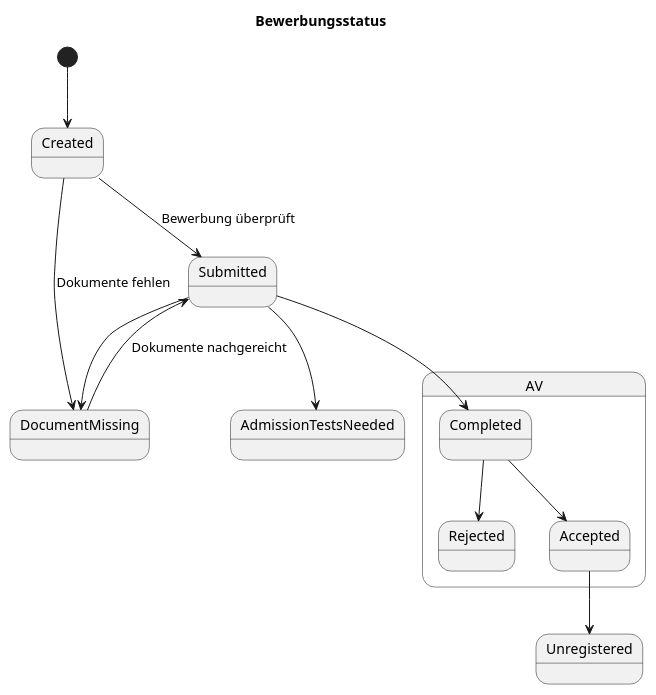
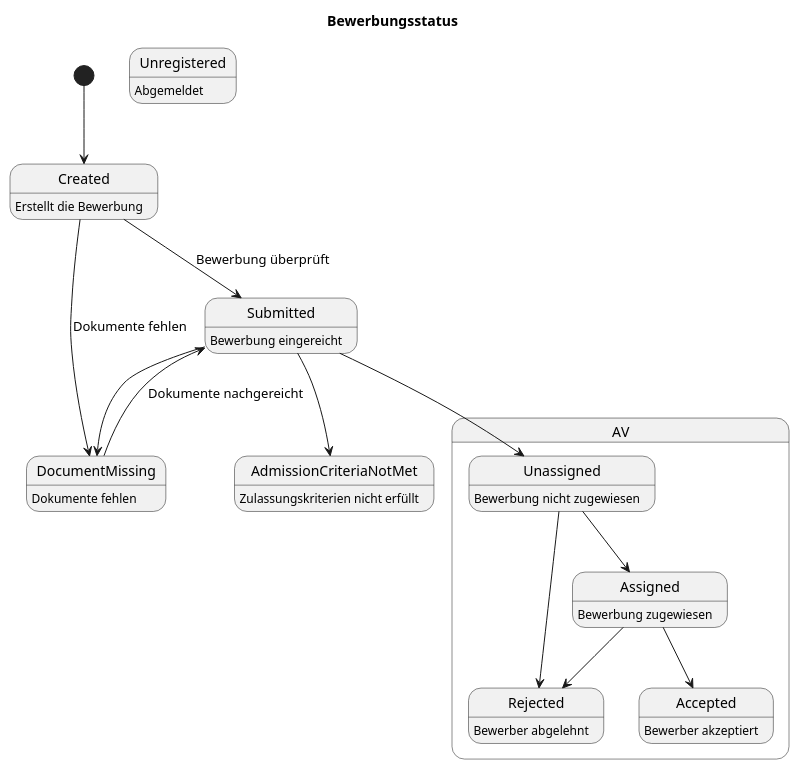
One commit to RegisterPlatform/Documentation changed the diagram in stake-doc/status.puml. Above: the diagram before and after it, drawn with PlantUML.

Commit message:
update puml

```diff
--- a/stake-doc/status.puml
+++ b/stake-doc/status.puml
@@ -1,30 +1,31 @@
 @startuml
 title Bewerbungsstatus
 
-state Created
-state Unregistered
-state Submitted
-state DocumentMissing
-state AdmissionTestsNeeded
+state Created : Erstellt die Bewerbung
+state Unregistered : Abgemeldet
+state Submitted : Bewerbung eingereicht
+state DocumentMissing : Dokumente fehlen
+state AdmissionCriteriaNotMet : Zulassungskriterien nicht erfüllt
 
 [*] --> Created
 
 Created --> DocumentMissing : Dokumente fehlen
 Created --> Submitted : Bewerbung überprüft
 DocumentMissing --> Submitted : Dokumente nachgereicht
 
 state "AV" as AV {
-    state Completed
-    state Rejected
-    state Accepted
+    state Unassigned : Bewerbung nicht zugewiesen
+    state Rejected : Bewerber abgelehnt
+    state Accepted : Bewerber akzeptiert
+    state Assigned : Bewerbung zugewiesen
 }
 
-Submitted --> Completed
+Submitted --> Unassigned
 Submitted --> DocumentMissing
-Submitted --> AdmissionTestsNeeded
-Completed --> Rejected
-Completed --> Accepted
-
-Accepted --> Unregistered
+Submitted --> AdmissionCriteriaNotMet
+Unassigned --> Assigned
+Unassigned --> Rejected
+Assigned --> Rejected
+Assigned --> Accepted
 
 @enduml
```
